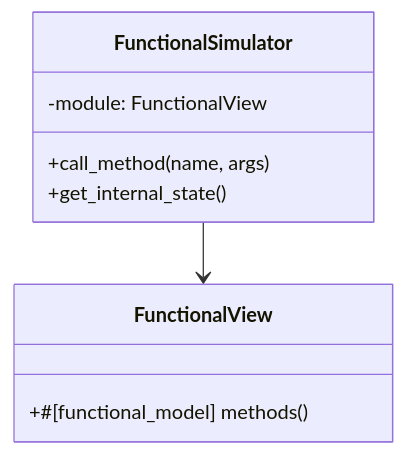
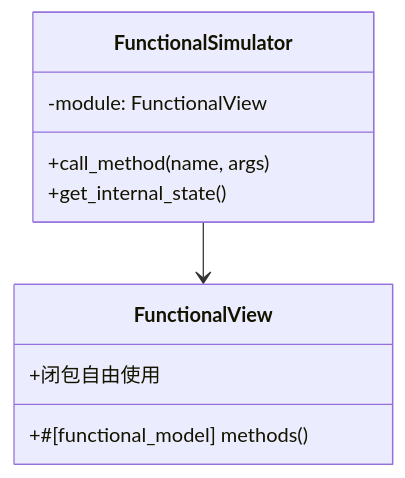
The third of 13 diagrams in docs/requirements/14. 验证与仿真.md (TangCan/bitloom), drawn with Mermaid before and after one commit. The commit also changed other lines of this file and 17 other files, not shown here.

````diff
--- a/docs/requirements/14. 验证与仿真.md
+++ b/docs/requirements/14. 验证与仿真.md
@@ -97,13 +89,13 @@
 ```mermaid
 classDiagram
     class FunctionalSimulator {
         -module: FunctionalView
         +call_method(name, args)
         +get_internal_state() 
     }
     class FunctionalView {
         +#[functional_model] methods()
+        +闭包自由使用
     }
     FunctionalSimulator --> FunctionalView
-
 ```
````
